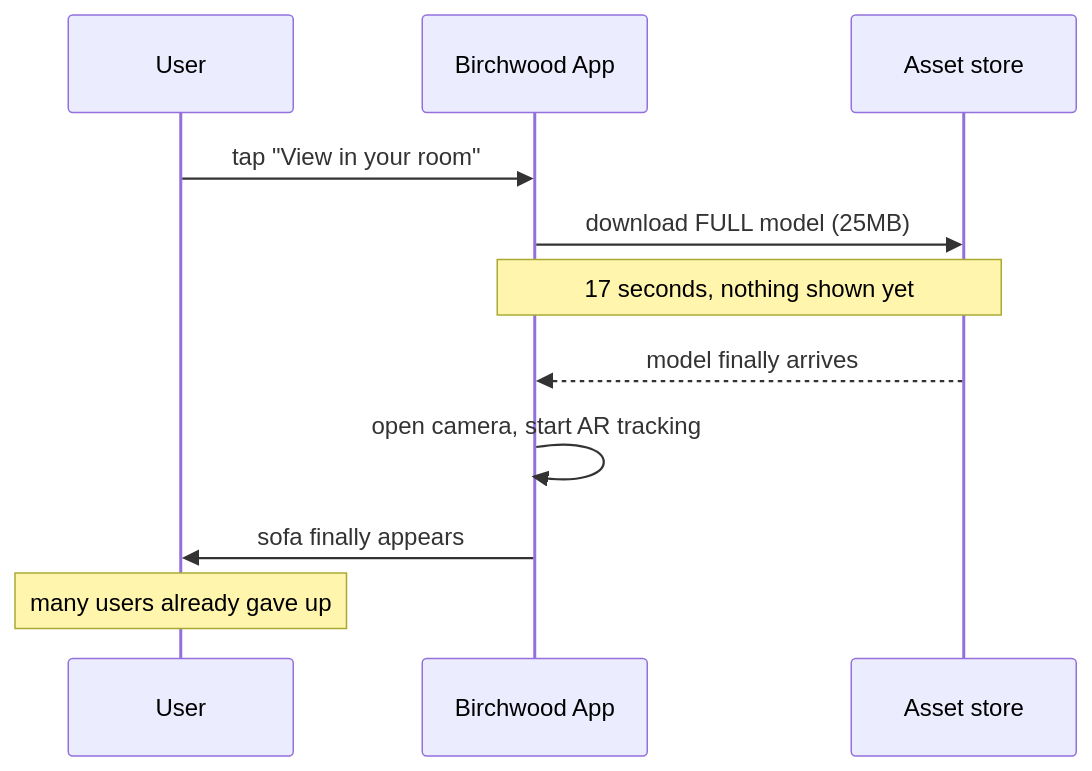
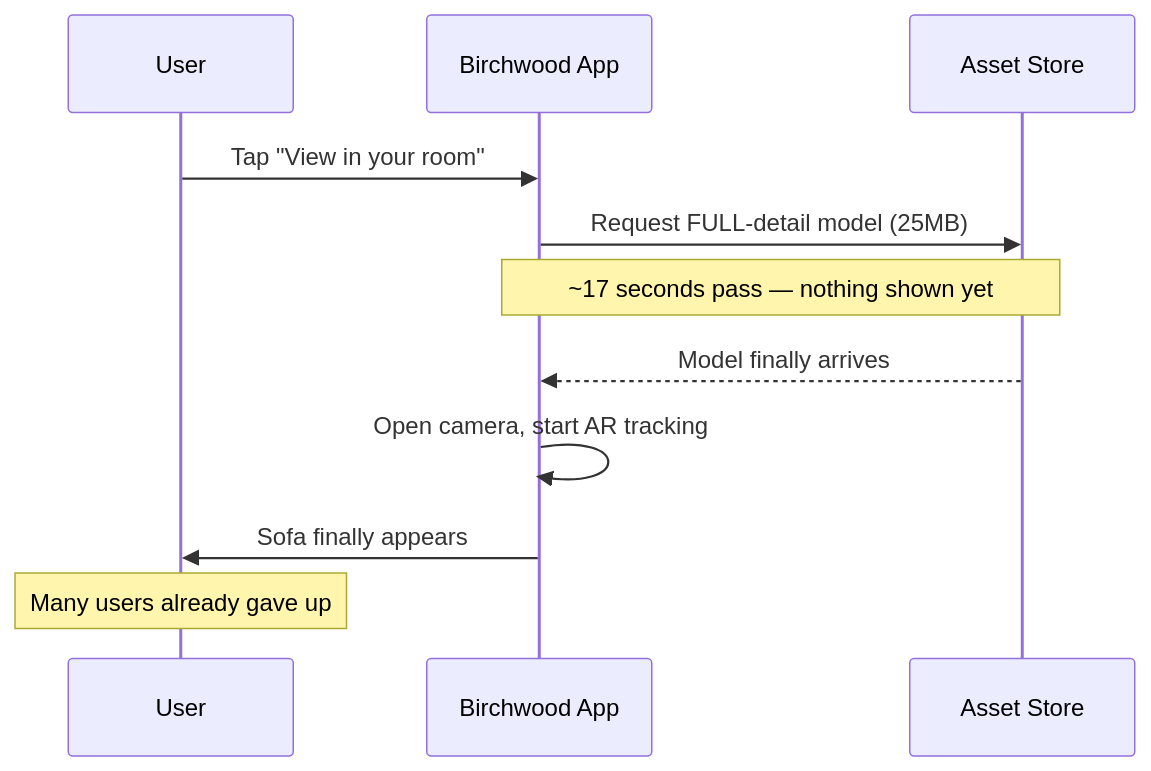
One commit to riyaz-pasha/Learnings changed the first of 14 diagrams in system-design/HLD/0-course/54-Design-an-AR-Virtual-Furniture-Placement-System-FAANG-Guide-story.md. Above: the diagram before and after it, drawn with Mermaid. The commit also changed other lines of this file and 1 other file, not shown here.

Commit message:
[REWRITE] AR Virtual Furniture Placement story guide: simplify prose, add structure, fix diagrams

````diff
--- a/system-design/HLD/0-course/54-Design-an-AR-Virtual-Furniture-Placement-System-FAANG-Guide-story.md
+++ b/system-design/HLD/0-course/54-Design-an-AR-Virtual-Furniture-Placement-System-FAANG-Guide-story.md
@@ -15,14 +50,14 @@
 ```mermaid
 sequenceDiagram
     participant U as User
     participant App as Birchwood App
-    participant CDN as Asset store
+    participant CDN as Asset Store
 
-    U->>App: tap "View in your room"
-    App->>CDN: download FULL model (25MB)
-    Note over App,CDN: 17 seconds, nothing shown yet
-    CDN-->>App: model finally arrives
-    App->>App: open camera, start AR tracking
-    App->>U: sofa finally appears
-    Note over U: many users already gave up
+    U->>App: Tap "View in your room"
+    App->>CDN: Request FULL-detail model (25MB)
+    Note over App,CDN: ~17 seconds pass — nothing shown yet
+    CDN-->>App: Model finally arrives
+    App->>App: Open camera, start AR tracking
+    App->>U: Sofa finally appears
+    Note over U: Many users already gave up
 ```
````
